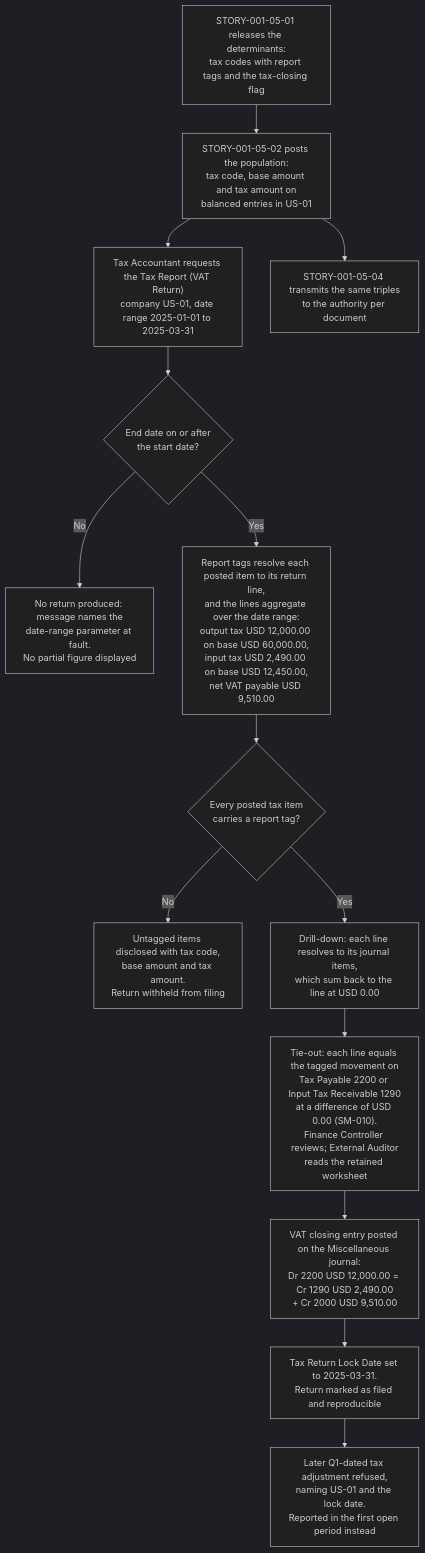
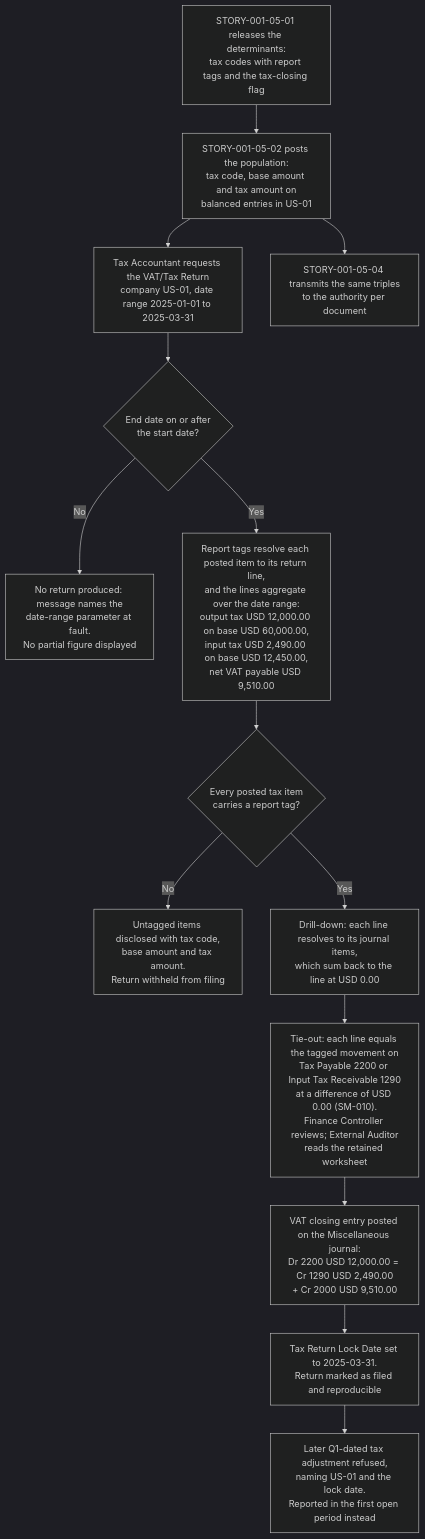
The diagram in tickets/EPIC-001/FEATURE-001-05/STORY-001-05-03-generate-vat-return.md (Blitzy-Sandbox/blitzy-odoo), drawn with Mermaid (dark theme) before and after one commit. The commit also changed other lines of this file and 117 other files, not shown here.

````diff
--- a/tickets/EPIC-001/FEATURE-001-05/STORY-001-05-03-generate-vat-return.md
+++ b/tickets/EPIC-001/FEATURE-001-05/STORY-001-05-03-generate-vat-return.md
@@ -453,31 +453,31 @@
 ```mermaid
 graph TD
     A["STORY-001-05-01 releases the determinants:<br/>tax codes with report tags and the tax-closing flag"]
     B["STORY-001-05-02 posts the population:<br/>tax code, base amount and tax amount on<br/>balanced entries in US-01"]
-    C["Tax Accountant requests the Tax Report (VAT Return)<br/>company US-01, date range 2025-01-01 to 2025-03-31"]
+    C["Tax Accountant requests the VAT/Tax Return<br/>company US-01, date range 2025-01-01 to 2025-03-31"]
     D{"End date on or after<br/>the start date?"}
     E["No return produced: message names the<br/>date-range parameter at fault.<br/>No partial figure displayed"]
     F["Report tags resolve each posted item to its return line,<br/>and the lines aggregate over the date range:<br/>output tax USD 12,000.00 on base USD 60,000.00,<br/>input tax USD 2,490.00 on base USD 12,450.00,<br/>net VAT payable USD 9,510.00"]
     H{"Every posted tax item<br/>carries a report tag?"}
     I["Untagged items disclosed with tax code,<br/>base amount and tax amount.<br/>Return withheld from filing"]
     J["Drill-down: each line resolves to its journal items,<br/>which sum back to the line at USD 0.00"]
     K["Tie-out: each line equals the tagged movement on<br/>Tax Payable 2200 or Input Tax Receivable 1290<br/>at a difference of USD 0.00 (SM-010).<br/>Finance Controller reviews; External Auditor<br/>reads the retained worksheet"]
     M["VAT closing entry posted on the Miscellaneous journal:<br/>Dr 2200 USD 12,000.00 = Cr 1290 USD 2,490.00<br/>+ Cr 2000 USD 9,510.00"]
     N["Tax Return Lock Date set to 2025-03-31.<br/>Return marked as filed and reproducible"]
     O["Later Q1-dated tax adjustment refused,<br/>naming US-01 and the lock date.<br/>Reported in the first open period instead"]
     P["STORY-001-05-04 transmits the same triples<br/>to the authority per document"]
 
     A --> B
     B --> C
     C --> D
     D -- No --> E
     D -- Yes --> F
     F --> H
     H -- No --> I
     H -- Yes --> J
     J --> K
     K --> M
     M --> N
     N --> O
     B --> P
 ```
````
